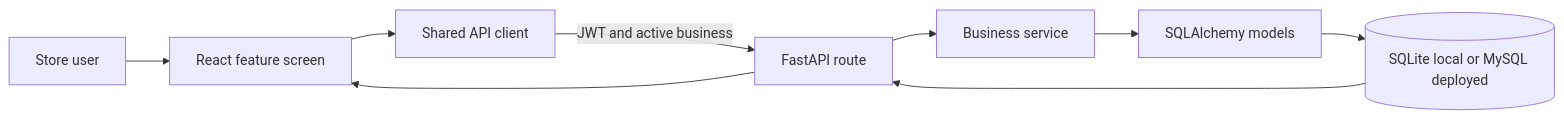
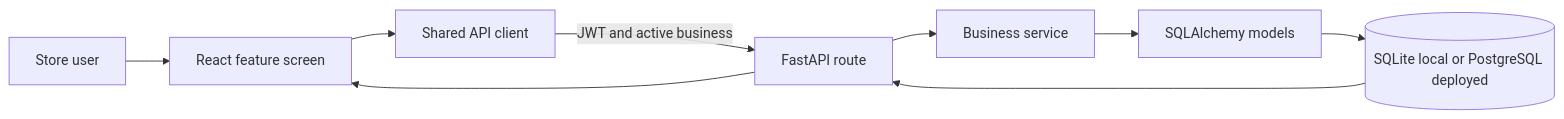
The diagram in README.md (rudreshpatil05/app-dg), drawn with Mermaid before and after one commit. The commit also changed other lines of this file and 7 other files, not shown here.

Commit message:
feat: add PostgreSQL database support

````diff
--- a/README.md
+++ b/README.md
@@ -39,11 +39,11 @@
 ```mermaid
 flowchart LR
 	U[Store user] --> UI[React feature screen]
 	UI --> C[Shared API client]
 	C -->|JWT and active business| API[FastAPI route]
 	API --> S[Business service]
 	S --> M[SQLAlchemy models]
-	M --> DB[(SQLite local or MySQL deployed)]
+	M --> DB[(SQLite local or PostgreSQL deployed)]
 	DB --> API
 	API --> UI
 ```
````
